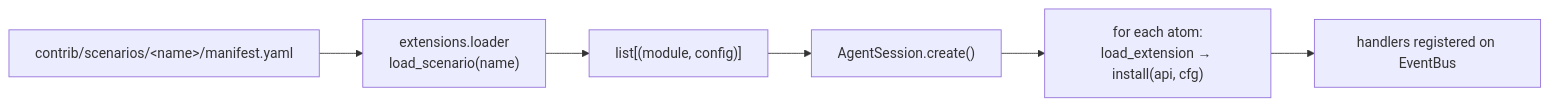
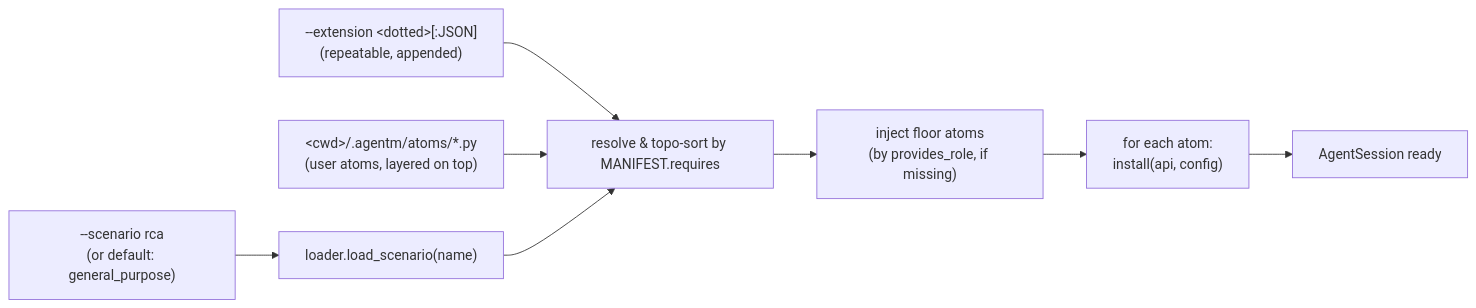
Before and after one commit to Lincyaw/AgentM: the diagram in README.md, drawn with Mermaid. The commit also changed other lines of this file, not shown here.

````diff
--- a/README.md
+++ b/README.md
@@ -88,8 +17,10 @@
 ```mermaid
 flowchart LR
-    Y["contrib/scenarios/&lt;name&gt;/manifest.yaml"] --> L["extensions.loader<br/>load_scenario(name)"]
-    L --> M["list[(module, config)]"]
-    M --> S["AgentSession.create()"]
-    S --> I["for each atom:<br/>load_extension &rarr; install(api, cfg)"]
-    I --> B["handlers registered on EventBus"]
+    SC["--scenario rca<br/>(or default: general_purpose)"] --> L["loader.load_scenario(name)"]
+    EX["--extension &lt;dotted&gt;[:JSON]<br/>(repeatable, appended)"] --> R
+    UA["&lt;cwd&gt;/.agentm/atoms/*.py<br/>(user atoms, layered on top)"] --> R
+    L --> R["resolve &amp; topo-sort by MANIFEST.requires"]
+    R --> F["inject floor atoms<br/>(by provides_role, if missing)"]
+    F --> I["for each atom:<br/>install(api, config)"]
+    I --> S["AgentSession ready"]
 ```
````
